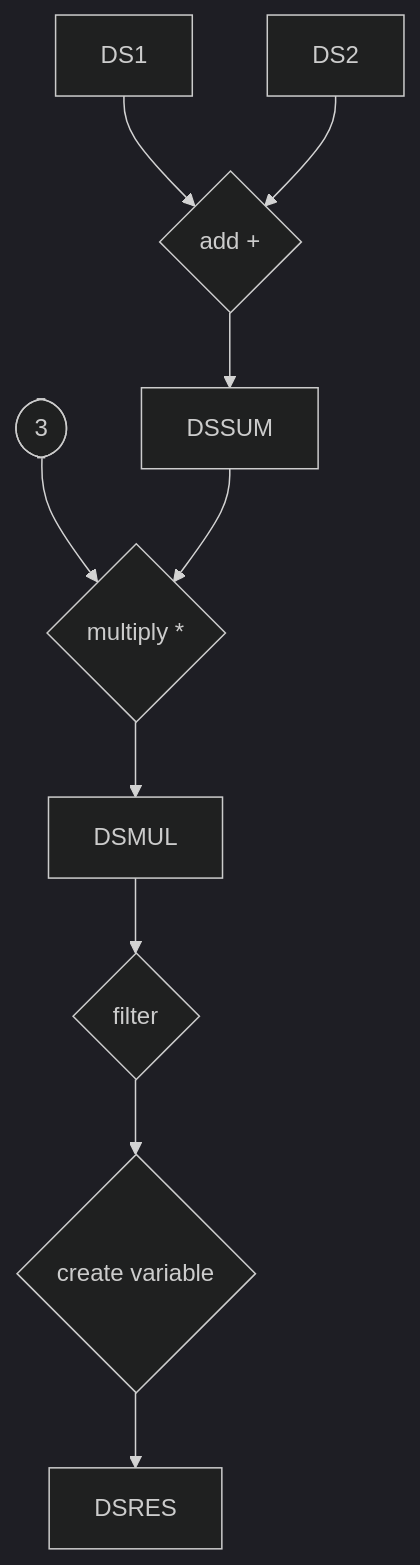
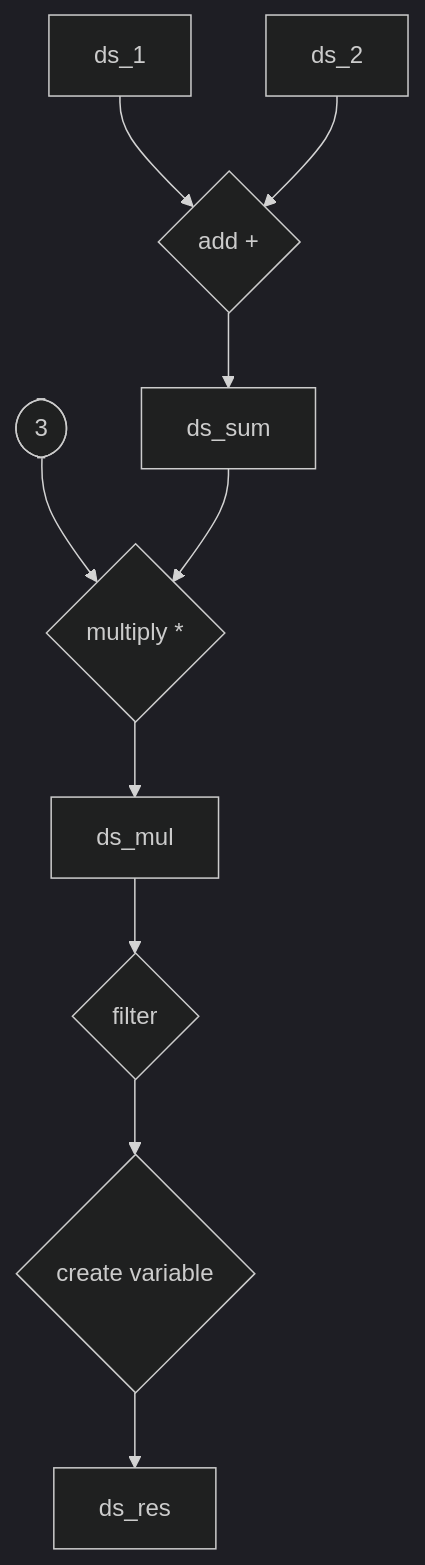
Before and after one commit to InseeFr/Trevas: the second of 2 diagrams in vtl-prov/docs/model-v1.md, drawn with Mermaid (dark theme).

````diff
--- a/vtl-prov/docs/model-v1.md
+++ b/vtl-prov/docs/model-v1.md
@@ -50,19 +50,18 @@
 ```mermaid
 flowchart TD
     OP1{add +}
     OP2{multiply *}
     OP3{filter}
     OP4{create variable}
     SC3([3])
 
-   DS1 --> OP1
-   DS2 --> OP1
-   OP1 --> DSSUM
+   ds_1 --> OP1
+   ds_2 --> OP1
+   OP1 --> ds_sum
    SC3 --> OP2
-   DSSUM --> OP2 
-   OP2 --> DSMUL
-   DSMUL --> OP3
+   ds_sum --> OP2 
+   OP2 --> ds_mul
+   ds_mul --> OP3
    OP3 --> OP4
-   OP4 --> DSRES
-
+   OP4 --> ds_res
 ```
````
